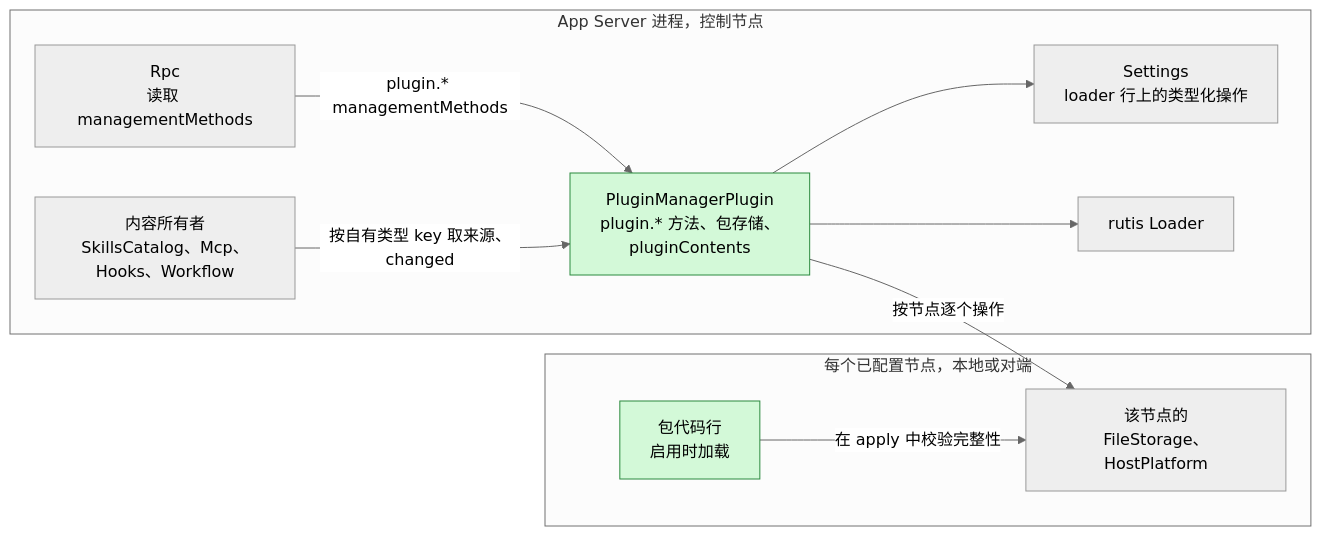
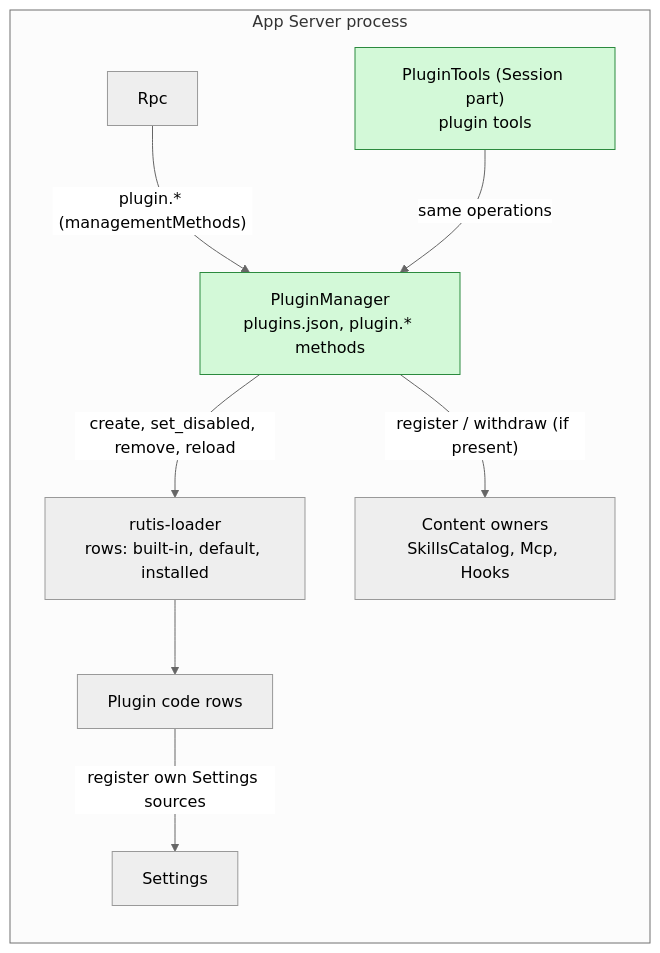
Before and after one commit to CoutinhoTTS/dim-agent: the diagram in docs/zh/design/plugins/PluginManager.md, drawn with Mermaid (neutral theme). The commit also changed other lines of this file and 13 other files, not shown here.

First line of the commit message:
docs(plugins): rewrite PluginManager on PluginManager-owned configuration

````diff
--- a/docs/zh/design/plugins/PluginManager.md
+++ b/docs/zh/design/plugins/PluginManager.md
@@ -13,21 +26,19 @@
 ```mermaid
 flowchart LR
-  subgraph CN["App Server 进程，控制节点"]
-    PM["PluginManagerPlugin<br/>plugin.* 方法、包存储、<br/>pluginContents"]:::new
-    SET["Settings<br/>loader 行上的类型化操作"]
-    LOADER["rutis Loader"]
-    RPC["Rpc<br/>读取 managementMethods"]
-    CONS["内容所有者<br/>SkillsCatalog、Mcp、Hooks、Workflow"]
+  subgraph AS["App Server process"]
+    PM["PluginManager<br/>plugins.json, plugin.* methods"]:::new
+    LOADER["rutis-loader<br/>rows: built-in, default, installed"]
+    RPC["Rpc"]
+    OWN["Content owners<br/>SkillsCatalog, Mcp, Hooks"]
+    SET["Settings"]
+    CODE["Plugin code rows"]
+    PT["PluginTools (Session part)<br/>plugin tools"]:::new
   end
-  subgraph NODE["每个已配置节点，本地或对端"]
-    SVC["该节点的<br/>FileStorage、HostPlatform"]
-    CODE["包代码行<br/>启用时加载"]:::new
-  end
-  PM --> SET
-  PM --> LOADER
-  PM -->|"按节点逐个操作"| SVC
-  RPC -->|"plugin.* managementMethods"| PM
-  CONS -->|"按自有类型 key 取来源、changed"| PM
-  CODE -->|"在 apply 中校验完整性"| SVC
+  RPC -->|"plugin.* (managementMethods)"| PM
+  PM -->|"create, set_disabled, remove, reload"| LOADER
+  LOADER --> CODE
+  PM -->|"register / withdraw (if present)"| OWN
+  CODE -->|"register own Settings sources"| SET
+  PT -->|"same operations"| PM
   classDef new fill:#d3f9d8,stroke:#2b8a3e,color:#000
 ```
````
